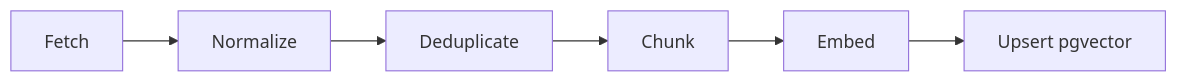
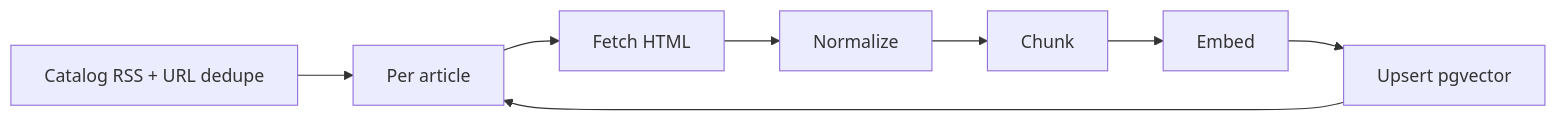
Before and after one commit to ngochai2909/kuberag-platform: the fourth of 10 diagrams in docs/ARCHITECTURE.md, drawn with Mermaid. The commit also changed other lines of this file and 25 other files, not shown here.

````diff
--- a/docs/ARCHITECTURE.md
+++ b/docs/ARCHITECTURE.md
@@ -135,8 +135,10 @@
 ```mermaid
 flowchart LR
-    Fetch["Fetch"] --> Normalize["Normalize"]
-    Normalize --> Dedupe["Deduplicate"]
-    Dedupe --> Chunk["Chunk"]
+    Catalog["Catalog RSS + URL dedupe"] --> PerArticle["Per article"]
+    PerArticle --> Fetch["Fetch HTML"]
+    Fetch --> Normalize["Normalize"]
+    Normalize --> Chunk["Chunk"]
     Chunk --> Embed["Embed"]
     Embed --> Upsert["Upsert pgvector"]
+    Upsert --> PerArticle
 ```
````
